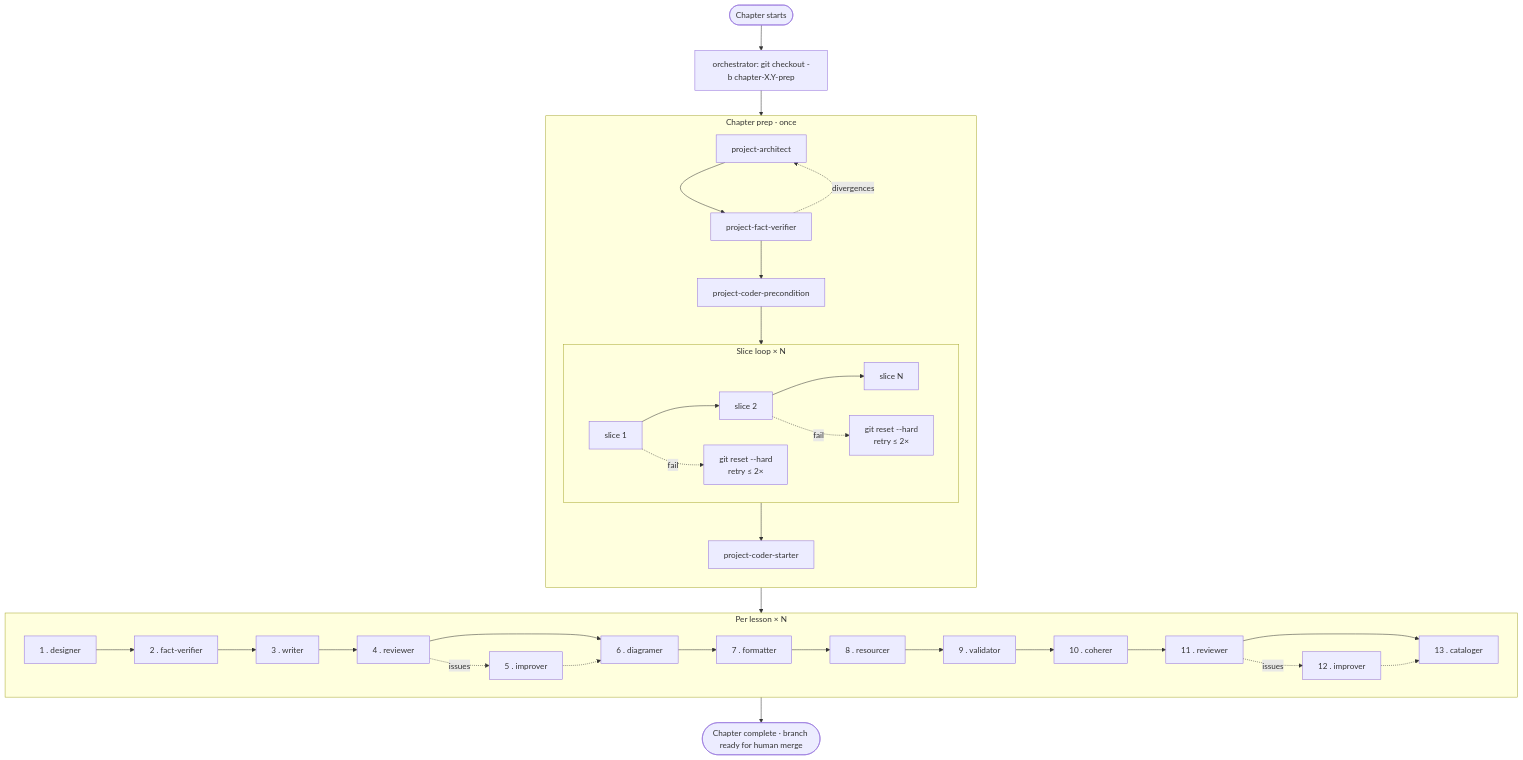
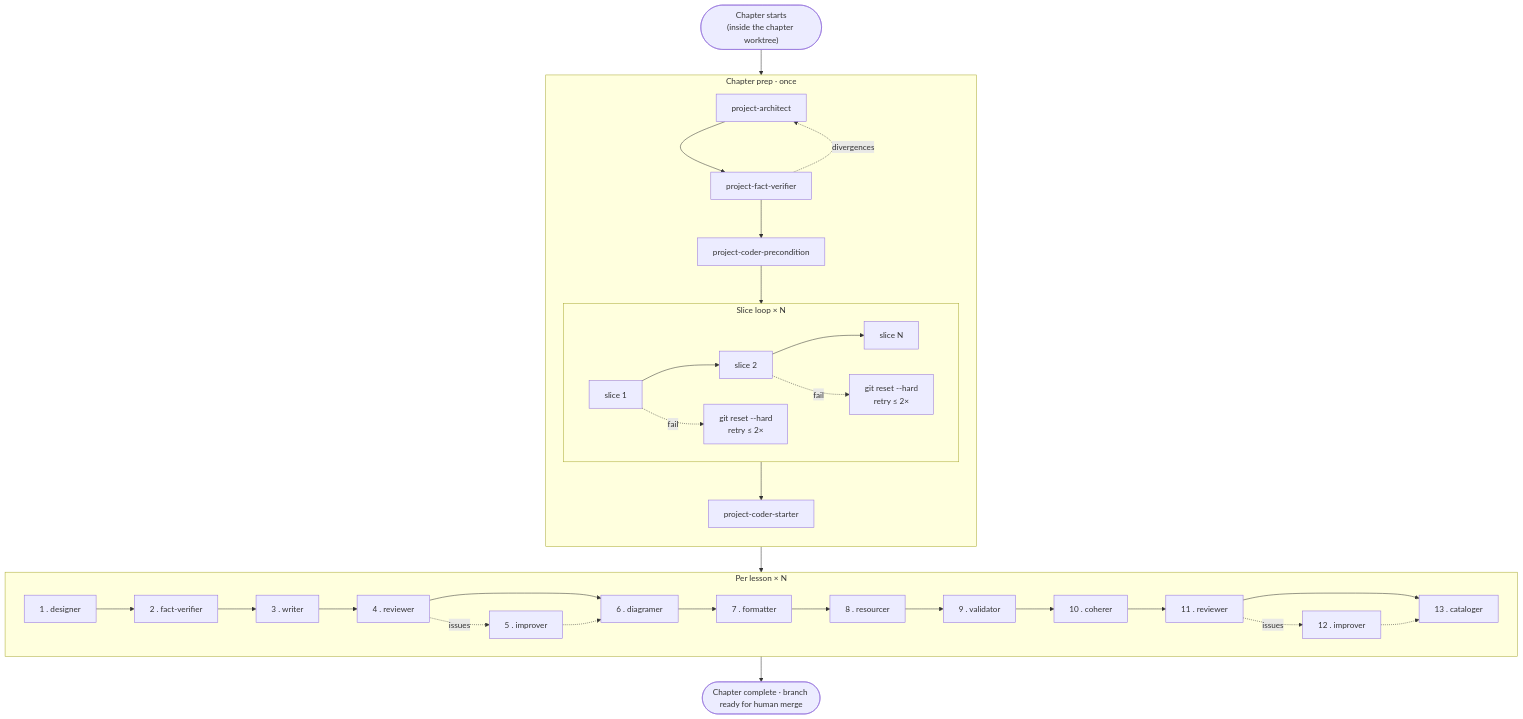
Before and after one commit to terencicp/react-saas-course: the second of 2 diagrams in documentation/lessons plan/README.md, drawn with Mermaid. The commit also changed other lines of this file and 22 other files, not shown here.

````diff
--- a/documentation/lessons plan/README.md
+++ b/documentation/lessons plan/README.md
@@ -195,29 +196,28 @@
 ```mermaid
 flowchart TD
-  Start([Chapter starts]) --> Branch["orchestrator: git checkout -b chapter-X.Y-prep"]
-  Branch --> A
+  Start(["Chapter starts<br/>(inside the chapter worktree)"]) --> A
   subgraph Prep["Chapter prep · once"]
     direction TB
     A[project-architect] --> FV[project-fact-verifier]
     FV -. divergences .-> A
     FV --> Pre[project-coder-precondition]
     Pre --> Sloop
     subgraph Sloop["Slice loop × N"]
       direction LR
       S1[slice 1] --> S2[slice 2] --> Sn[slice N]
       S1 -. fail .-> Retry1["git reset --hard<br/>retry ≤ 2×"]
       S2 -. fail .-> Retry2["git reset --hard<br/>retry ≤ 2×"]
     end
     Sloop --> Starter[project-coder-starter]
   end
   Starter --> D
   subgraph PerLesson["Per lesson × N"]
     direction LR
     D[1 . designer] --> F[2 . fact-verifier] --> W[3 . writer] --> R1[4 . reviewer] --> Di[6 . diagramer] --> Fm[7 . formatter] --> Res[8 . resourcer] --> V[9 . validator] --> Co[10 . coherer] --> R2[11 . reviewer] --> Cat[13 . cataloger]
     R1 -. issues .-> Im1[5 . improver]
     Im1 -.-> Di
     R2 -. issues .-> Im2[12 . improver]
     Im2 -.-> Cat
   end
-  Cat --> Done([Chapter complete · branch ready for human merge])
+  Cat --> Done(["Chapter complete · branch ready for human merge"])
 ```
````
